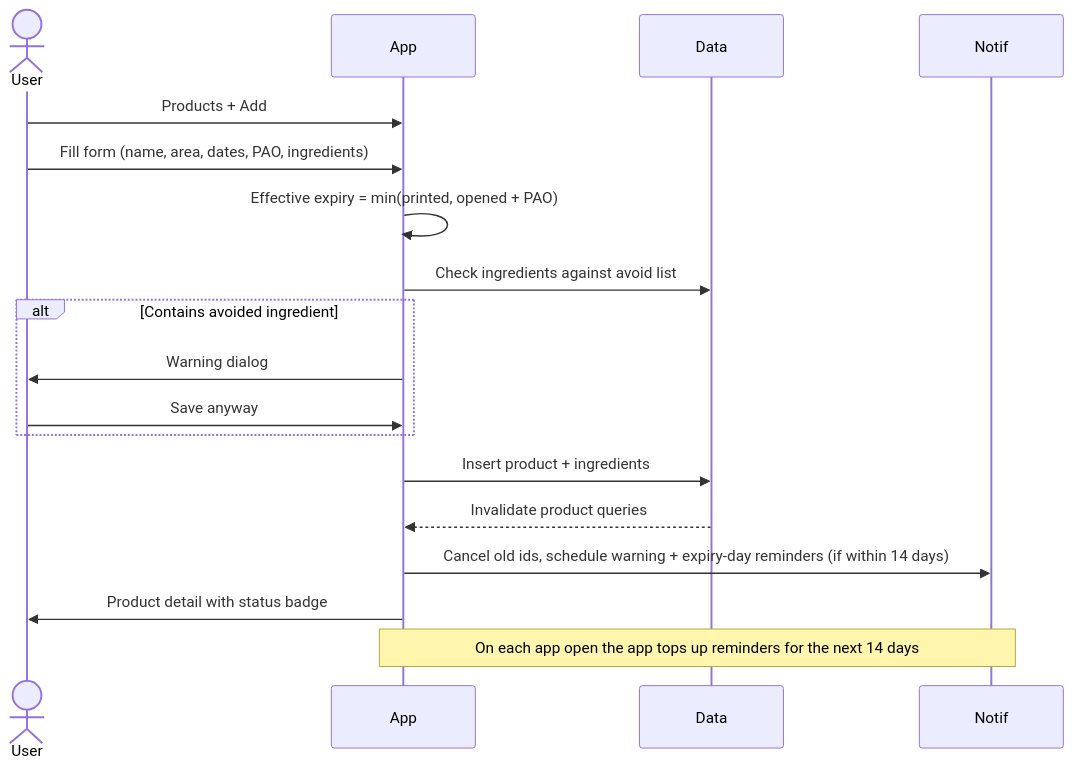
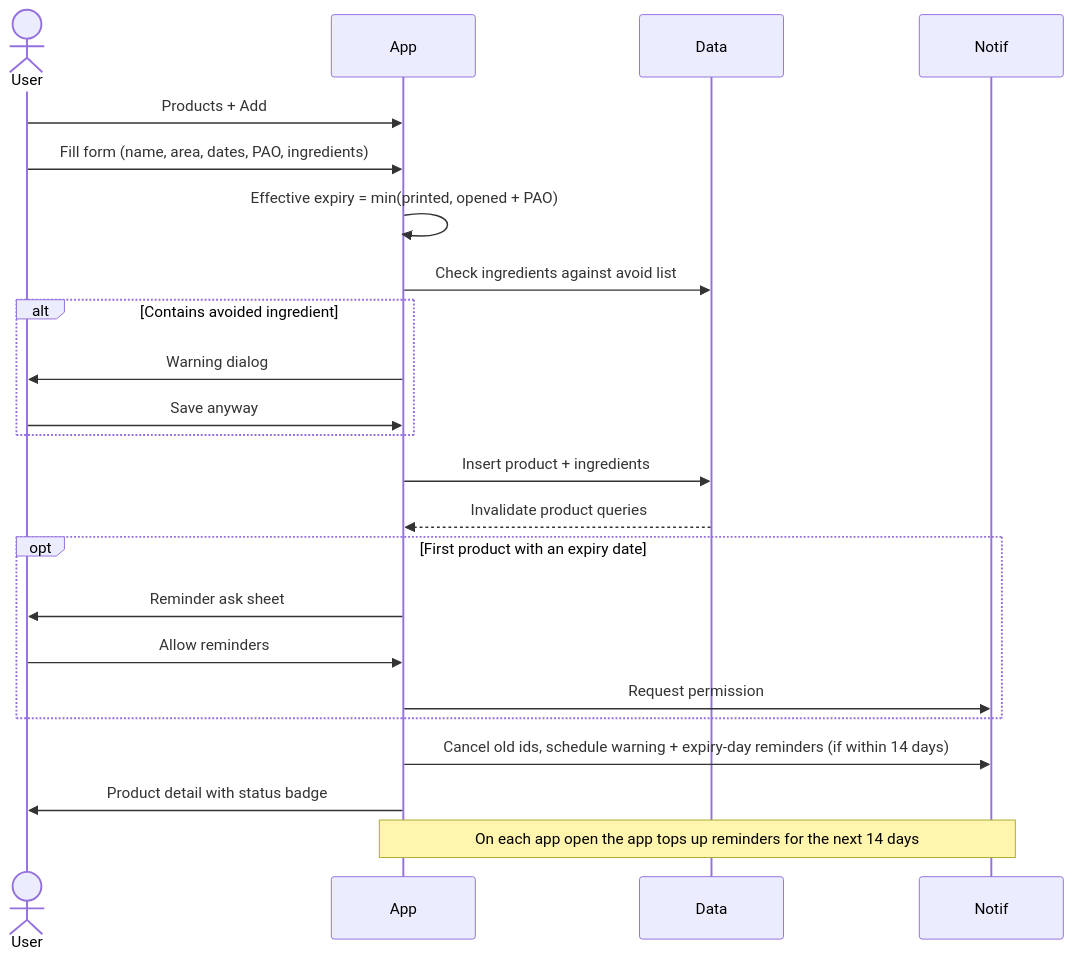
One commit to Justxs/Jx-Care changed the fourth of 10 diagrams in docs/feature-spec.md. Above: the diagram before and after it, drawn with Mermaid. The commit also changed other lines of this file, not shown here.

First line of the commit message:
Spec: 5-step onboarding, first-run setup, empty states and one word per idea

````diff
--- a/docs/feature-spec.md
+++ b/docs/feature-spec.md
@@ -516,20 +568,25 @@
 ```mermaid
 sequenceDiagram
   actor U as User
   participant A as App
   participant D as Data
   participant N as Notif
   U->>A: Products + Add
   U->>A: Fill form (name, area, dates, PAO, ingredients)
   A->>A: Effective expiry = min(printed, opened + PAO)
   A->>D: Check ingredients against avoid list
   alt Contains avoided ingredient
     A->>U: Warning dialog
     U->>A: Save anyway
   end
   A->>D: Insert product + ingredients
   D-->>A: Invalidate product queries
+  opt First product with an expiry date
+    A->>U: Reminder ask sheet
+    U->>A: Allow reminders
+    A->>N: Request permission
+  end
   A->>N: Cancel old ids, schedule warning + expiry-day reminders (if within 14 days)
   A->>U: Product detail with status badge
   Note over A,N: On each app open the app tops up reminders for the next 14 days
 ```
````
